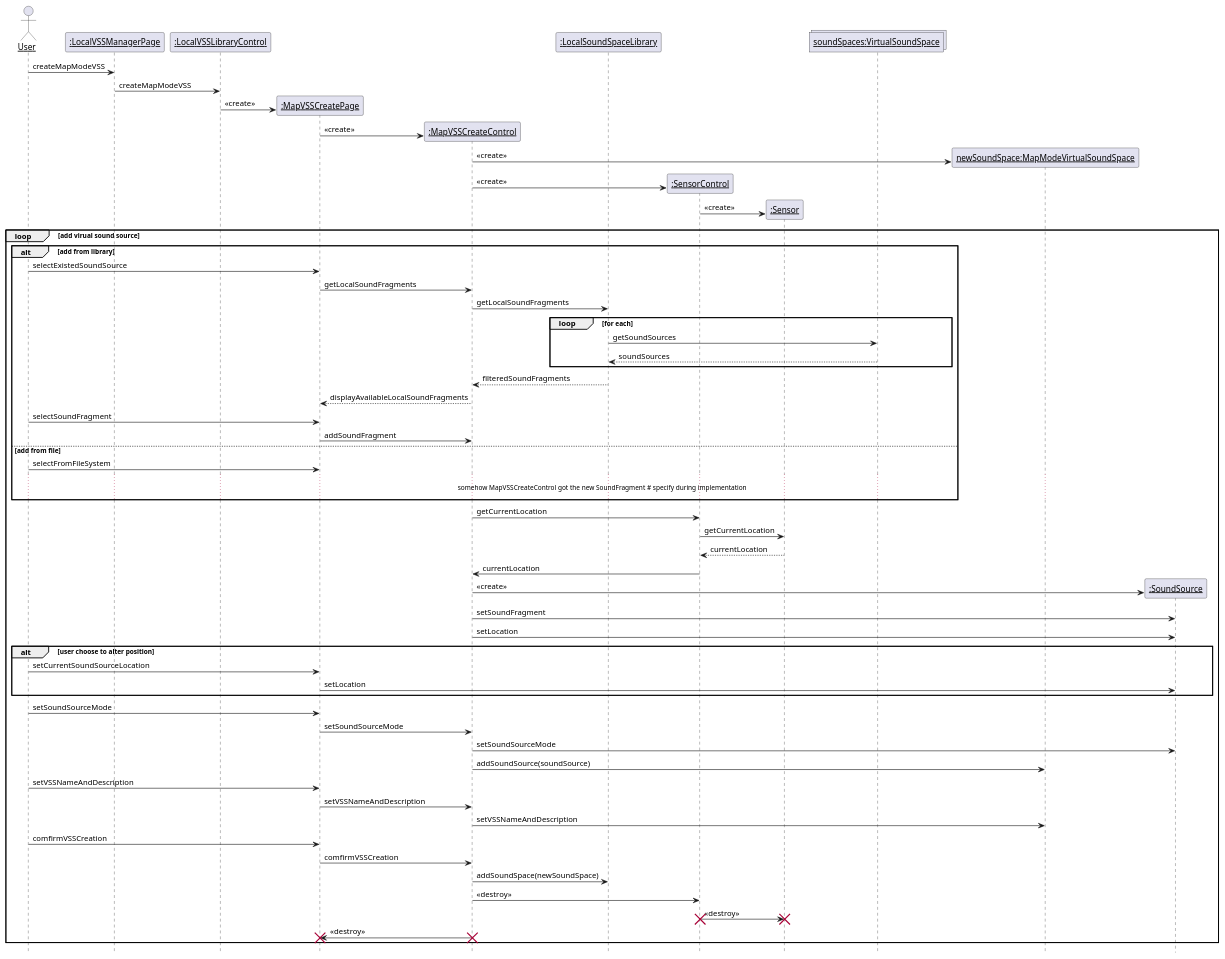
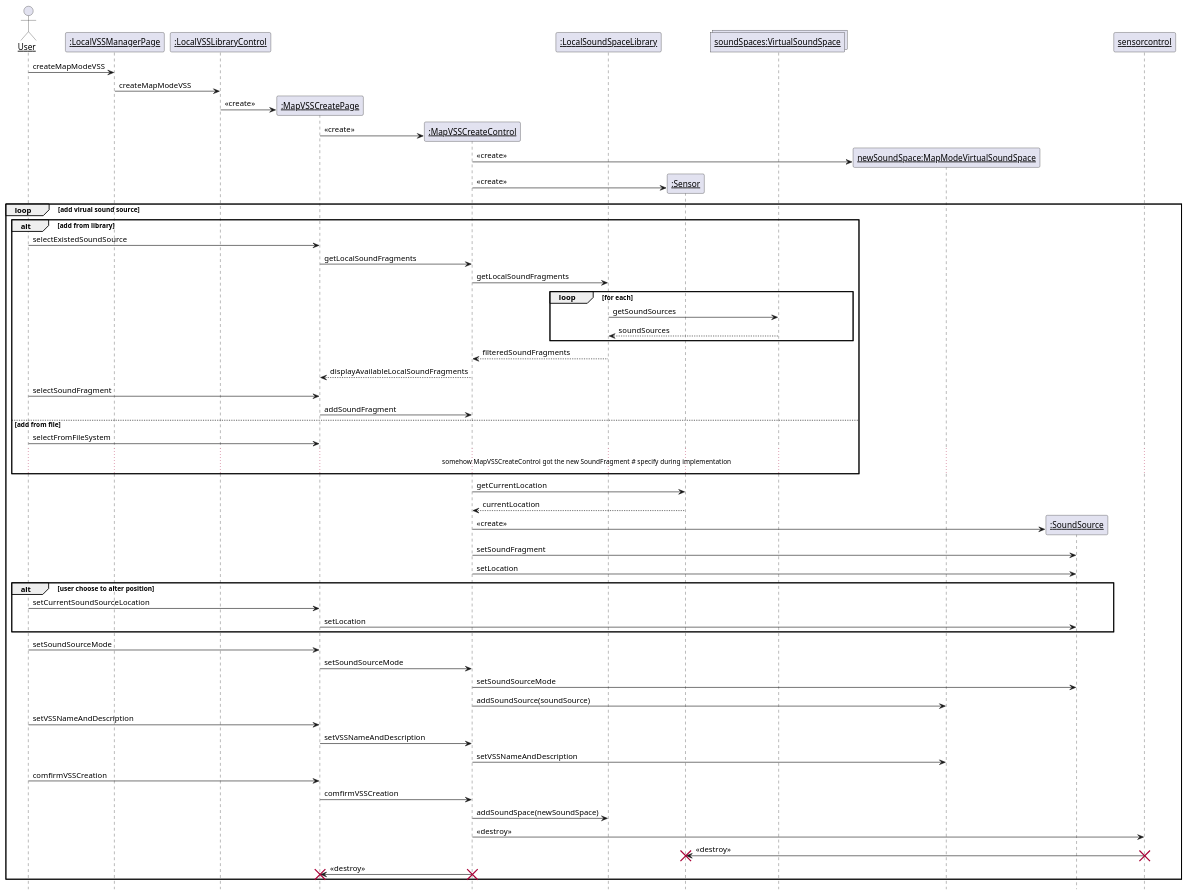
The fifth of 20 diagrams in 需求定义和分析/SeqDiagram/SeqDiagram.md (kpp19920121/doc), drawn with PlantUML before and after one commit. The commit also changed other lines of this file and 39 other files, not shown here.

Commit message:
Reordered Sequence Diagrams

````diff
--- a/需求定义和分析/SeqDiagram/SeqDiagram.md
+++ b/需求定义和分析/SeqDiagram/SeqDiagram.md
@@ -138,5 +176,5 @@
 ```PlantUML
-@startuml
+@startuml CreateMapModeVSS
 hide footbox
 skinparam sequenceParticipant underline
 
@@ -147,7 +185,6 @@
 participant ":MapVSSCreatePage" as createboundary
 participant ":MapVSSCreateControl" as createcontrol
 participant ":LocalSoundSpaceLibrary" as library
-participant ":SensorControl" as sensorcontrol
 participant ":Sensor" as sensor
 collections "soundSpaces:VirtualSoundSpace" as vsses
 participant "newSoundSpace:MapModeVirtualSoundSpace" as newspace
@@ -162,10 +199,8 @@
 createboundary -> createcontrol: <<create>>
 create newspace
 createcontrol -> newspace: <<create>>
-create sensorcontrol
-createcontrol -> sensorcontrol: <<create>>
 create sensor
-sensorcontrol -> sensor: <<create>>
+createcontrol -> sensor: <<create>>
 loop add virual sound source
     alt add from library
         user -> createboundary: selectExistedSoundSource
@@ -185,10 +220,8 @@
 
     end
 
-    createcontrol -> sensorcontrol: getCurrentLocation
-    sensorcontrol -> sensor: getCurrentLocation
-    sensor --> sensorcontrol: currentLocation
-    sensorcontrol -> createcontrol: currentLocation
+    createcontrol -> sensor: getCurrentLocation
+    sensor --> createcontrol: currentLocation
 
     participant ":SoundSource" as source
     create source
````
